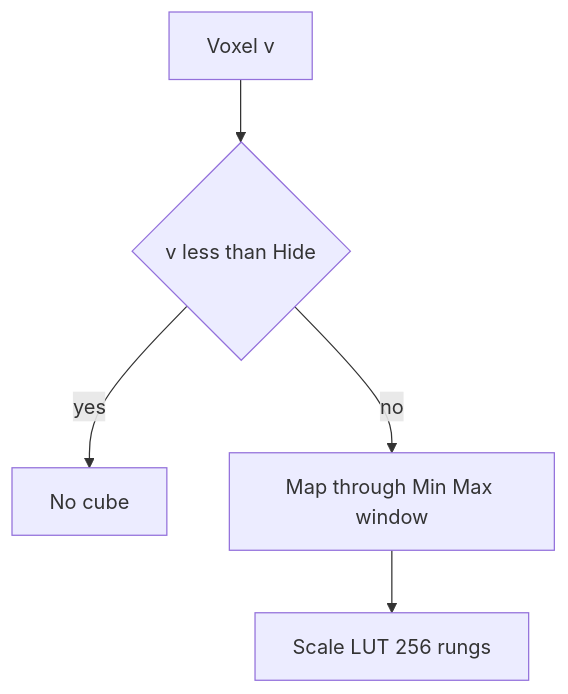
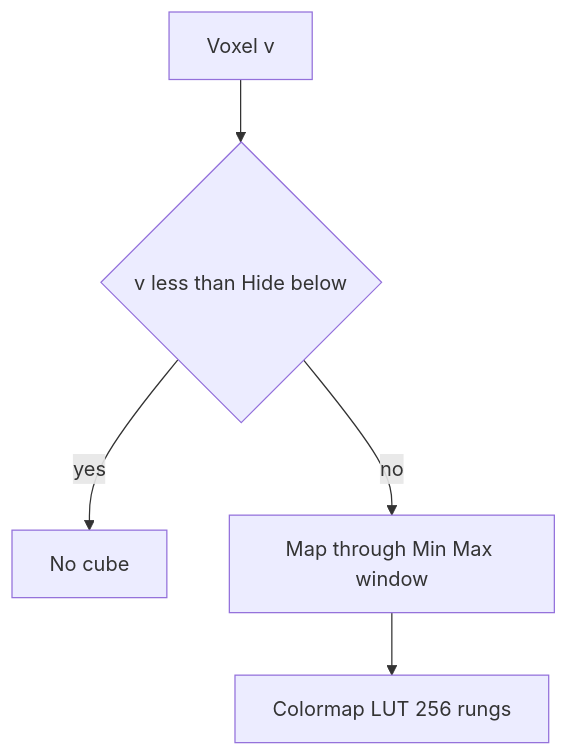
One commit to PiMaV/DONNER changed the seventh of 38 diagrams in architecture.md. Above: the diagram before and after it, drawn with Mermaid. The commit also changed other lines of this file and 41 other files, not shown here.

````diff
--- a/architecture.md
+++ b/architecture.md
@@ -196,7 +220,7 @@
 ```mermaid
 flowchart TB
-  v[Voxel v] --> hide{"v less than Hide"}
+  v[Voxel v] --> hide{"v less than Hide below"}
   hide -->|yes| gone[No cube]
   hide -->|no| win[Map through Min Max window]
-  win --> scale[Scale LUT 256 rungs]
+  win --> scale[Colormap LUT 256 rungs]
 ```
````
